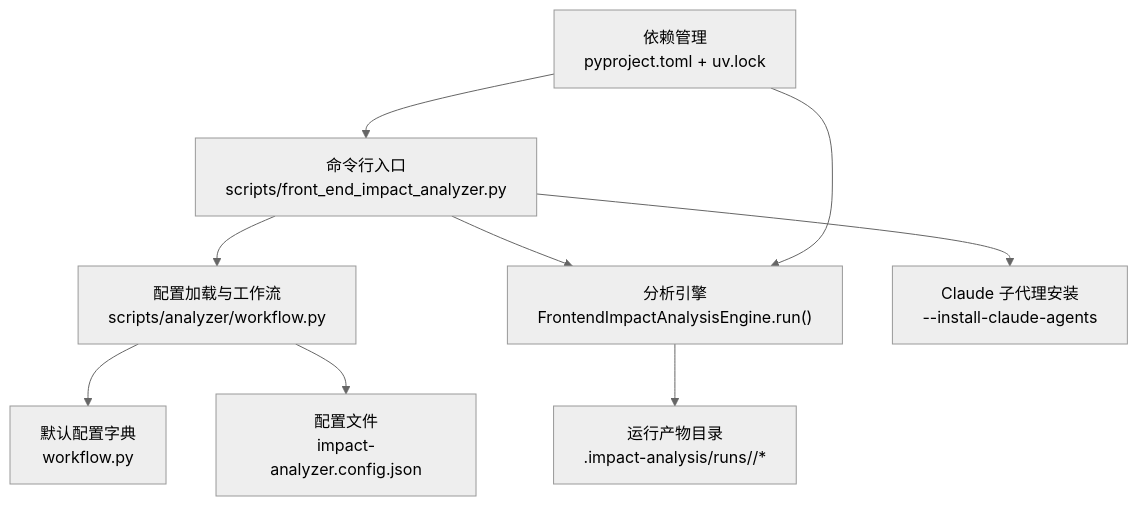
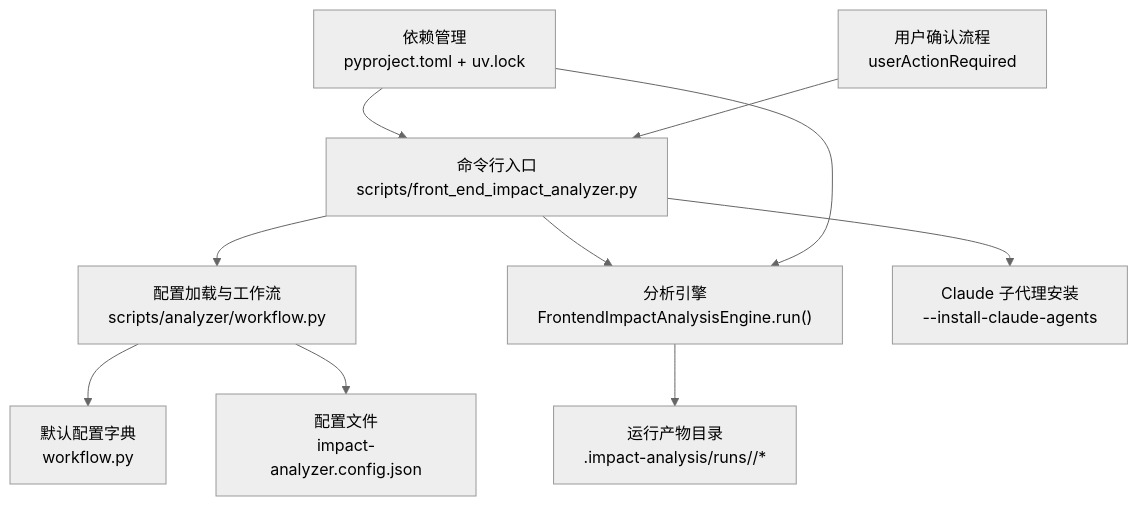
Before and after one commit to brand-new-remo/frontend-impact-analyzer: the first of 3 diagrams in .qoder/repowiki/zh/content/API参考/配置选项.md, drawn with Mermaid (neutral theme). The commit also changed other lines of this file and 4 other files, not shown here.

````diff
--- a/.qoder/repowiki/zh/content/API参考/配置选项.md
+++ b/.qoder/repowiki/zh/content/API参考/配置选项.md
@@ -50,11 +52,12 @@
 ```mermaid
 graph TB
 CLI["命令行入口<br/>scripts/front_end_impact_analyzer.py"] --> WF["配置加载与工作流<br/>scripts/analyzer/workflow.py"]
 WF --> CFG["默认配置字典<br/>workflow.py"]
 WF --> FS["配置文件<br/>impact-analyzer.config.json"]
 CLI --> ENG["分析引擎<br/>FrontendImpactAnalysisEngine.run()"]
 ENG --> ART["运行产物目录<br/>.impact-analysis/runs/<runId>/*"]
 CLI --> AGI["Claude 子代理安装<br/>--install-claude-agents"]
 UV["依赖管理<br/>pyproject.toml + uv.lock"] --> CLI
 UV --> ENG
+UA["用户确认流程<br/>userActionRequired"] --> CLI
 ```
````
